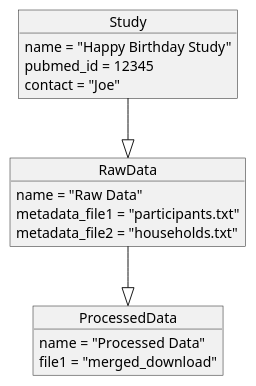
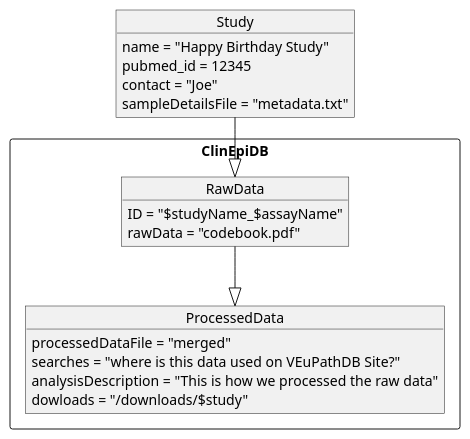
Before and after one commit to jbrestel/org-docs: the fourth of 9 diagrams in project_planning/projectPages.org, drawn with PlantUML. The commit also changed other lines of this file and 7 other files, not shown here.

```diff
--- a/project_planning/projectPages.org
+++ b/project_planning/projectPages.org
@@ -131,20 +143,26 @@
 #+begin_src plantuml :file images/clinepi_study_uml.png :exports both
-  object Study {
-          name = "Happy Birthday Study"
-          pubmed_id = 12345
-              contact = "Joe"
-  }
+object Study {
+        name = "Happy Birthday Study"
+        pubmed_id = 12345
+        contact = "Joe"
+        sampleDetailsFile = "metadata.txt"
+}
+rectangle ClinEpiDB {
+        object RawData {
+                ID = "$studyName_$assayName"
+''                assayName = "RNASeq" 'Could also call Category??'
+''                assayID = "RNASeqXXXX"
+                rawData = "codebook.pdf"
+        }
+        object ProcessedData {
+''                injector = "ClinEpi.java"
+                processedDataFile = "merged"
+                searches = "where is this data used on VEuPathDB Site?"
+                analysisDescription = "This is how we processed the raw data"
+                dowloads = "/downloads/$study"
+        }
+}
+Study --|> RawData
+RawData --|> ProcessedData
 
-  object RawData {
-          name = "Raw Data"
-          metadata_file1 = "participants.txt"
-          metadata_file2 = "households.txt"
-  }
-  object ProcessedData {
-          name = "Processed Data"
-          file1 = "merged_download"
-  }
-
-  Study --|> RawData
-  RawData --|> ProcessedData
   #+end_src
```
